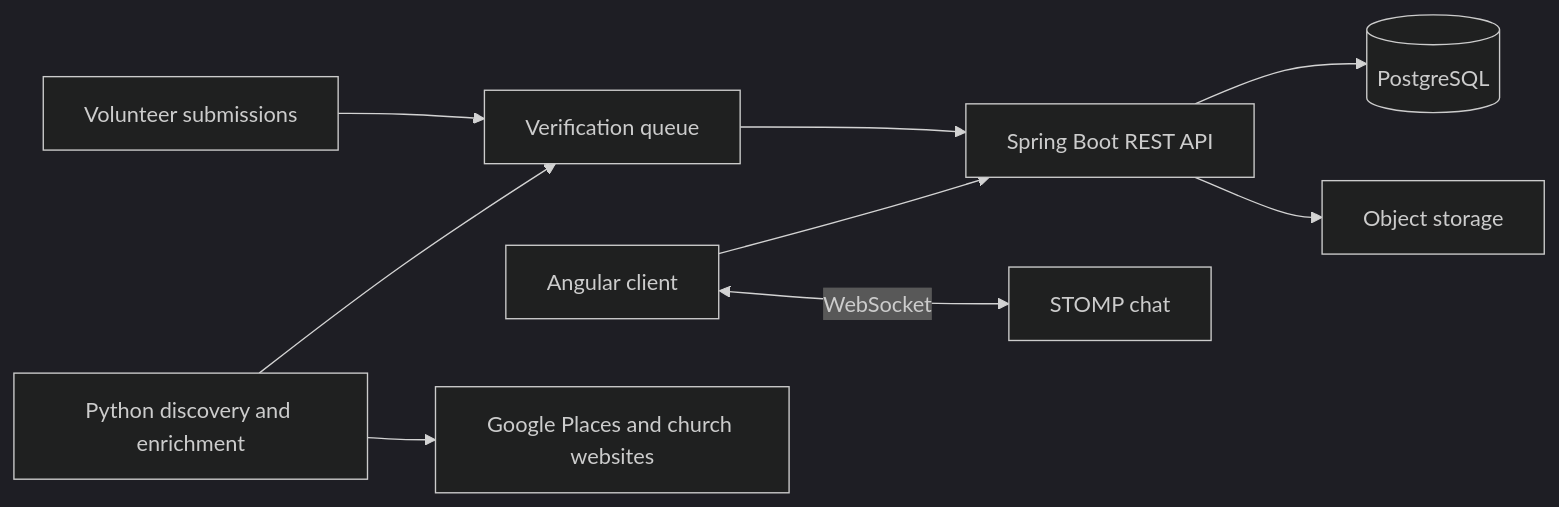
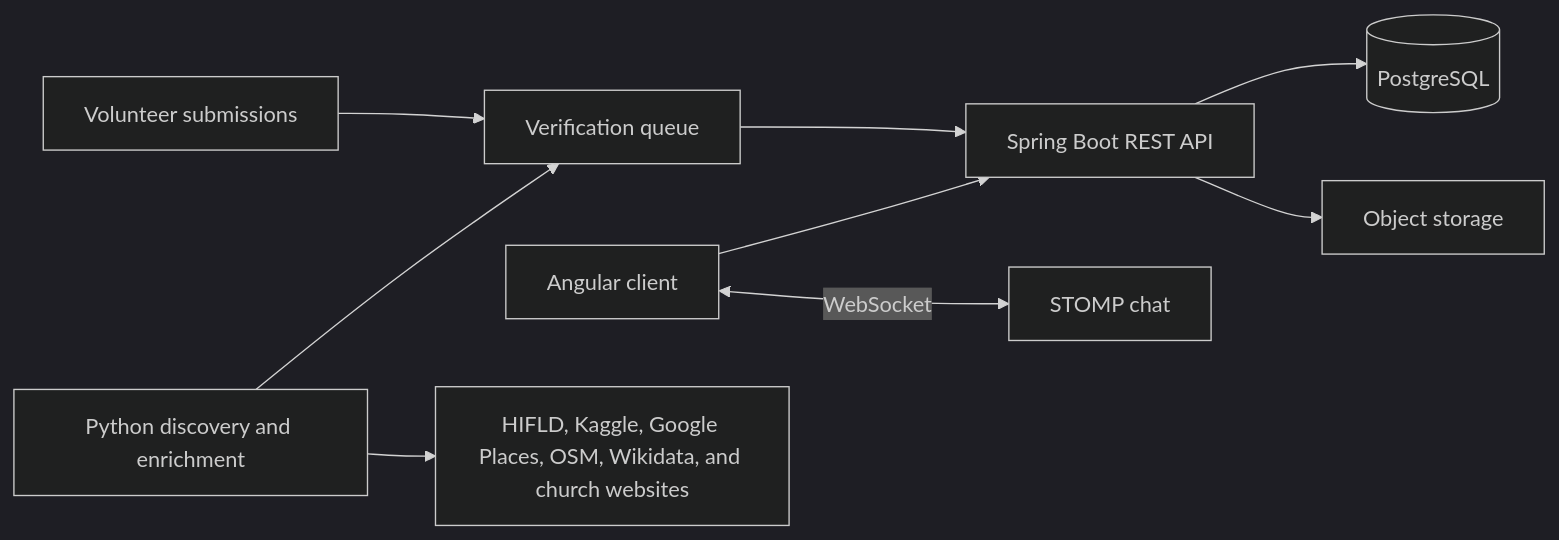
Before and after one commit to PrestonParis/everychurch: the diagram in README.md, drawn with Mermaid (dark theme). The commit also changed other lines of this file and 10 other files, not shown here.

````diff
--- a/README.md
+++ b/README.md
@@ -20,11 +24,11 @@
 ```mermaid
 flowchart LR
     Browser[Angular client] --> API[Spring Boot REST API]
     Browser <-->|WebSocket| Chat[STOMP chat]
     API --> Postgres[(PostgreSQL)]
     Scraper[Python discovery and enrichment] --> Queue[Verification queue]
     Volunteers[Volunteer submissions] --> Queue
     Queue --> API
     API --> Storage[Object storage]
-    Scraper --> Sources[Google Places and church websites]
+    Scraper --> Sources[HIFLD, Kaggle, Google Places, OSM, Wikidata, and church websites]
 ```
````
